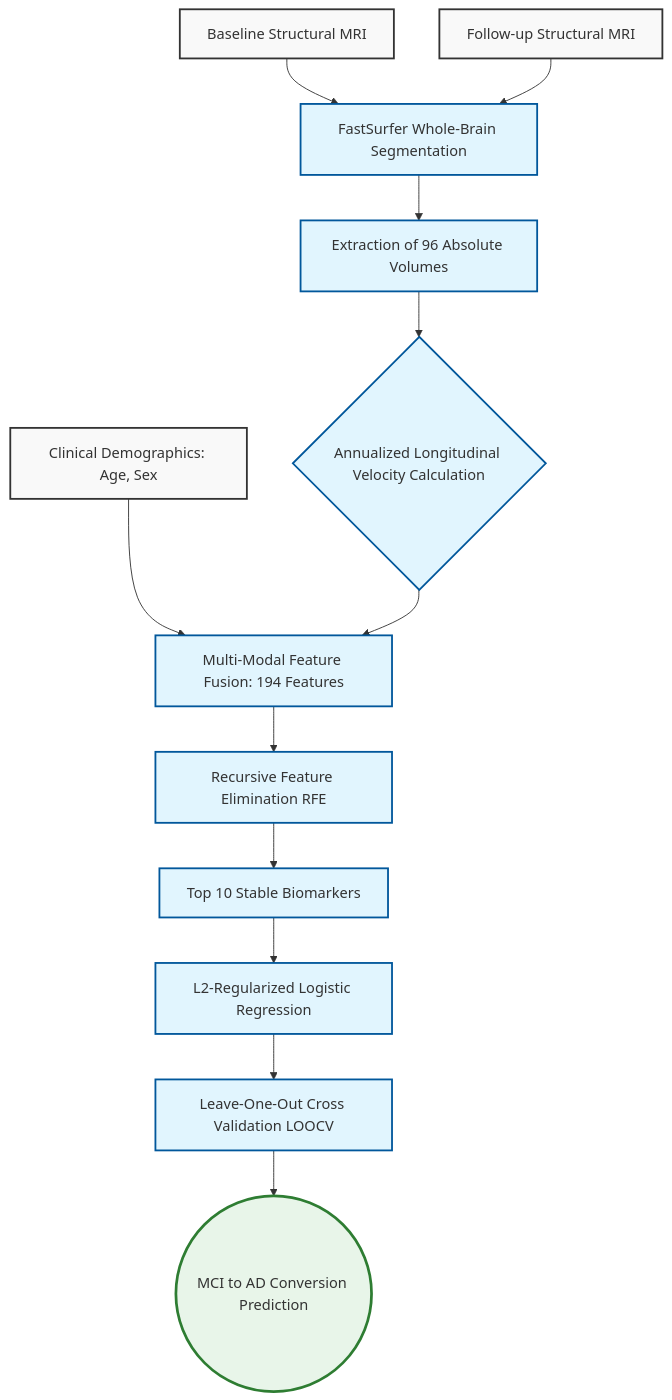
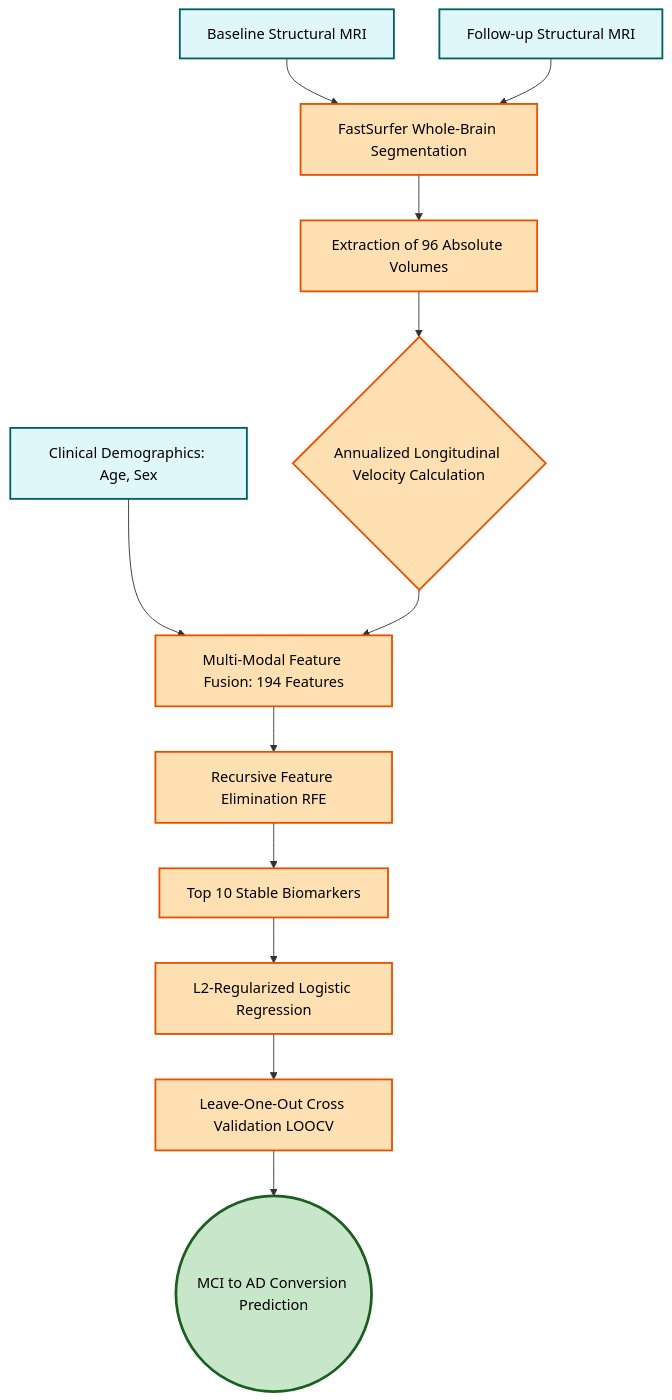
Before and after one commit to MiCha2905/ADNI: the diagram in manuscript.md, drawn with Mermaid.

Commit message:
Update class definitions for diagram styles

````diff
--- a/manuscript.md
+++ b/manuscript.md
@@ -33,22 +33,22 @@
 ```mermaid
 graph TD
     A[Baseline Structural MRI] --> C[FastSurfer Whole-Brain Segmentation]
     B[Follow-up Structural MRI] --> C
     C --> D[Extraction of 96 Absolute Volumes]
     D --> E{Annualized Longitudinal Velocity Calculation}
     F[Clinical Demographics: Age, Sex] --> G
     E --> G[Multi-Modal Feature Fusion: 194 Features]
     G --> H[Recursive Feature Elimination RFE]
     H --> I[Top 10 Stable Biomarkers]
     I --> J[L2-Regularized Logistic Regression]
     J --> K[Leave-One-Out Cross Validation LOOCV]
     K --> L((MCI to AD Conversion Prediction))
     
-    classDef main fill:#f9f9f9,stroke:#333,stroke-width:2px;
-    classDef process fill:#e1f5fe,stroke:#01579b,stroke-width:2px;
-    classDef output fill:#e8f5e9,stroke:#2e7d32,stroke-width:3px;
+    classDef main fill:#e0f7fa,stroke:#006064,stroke-width:2px,color:#000000;
+    classDef process fill:#ffe0b2,stroke:#e65100,stroke-width:2px,color:#000000;
+    classDef output fill:#c8e6c9,stroke:#1b5e20,stroke-width:3px,color:#000000;
     
     class A,B,F main;
     class C,D,E,G,H,I,J,K process;
     class L output;
 ```
````
